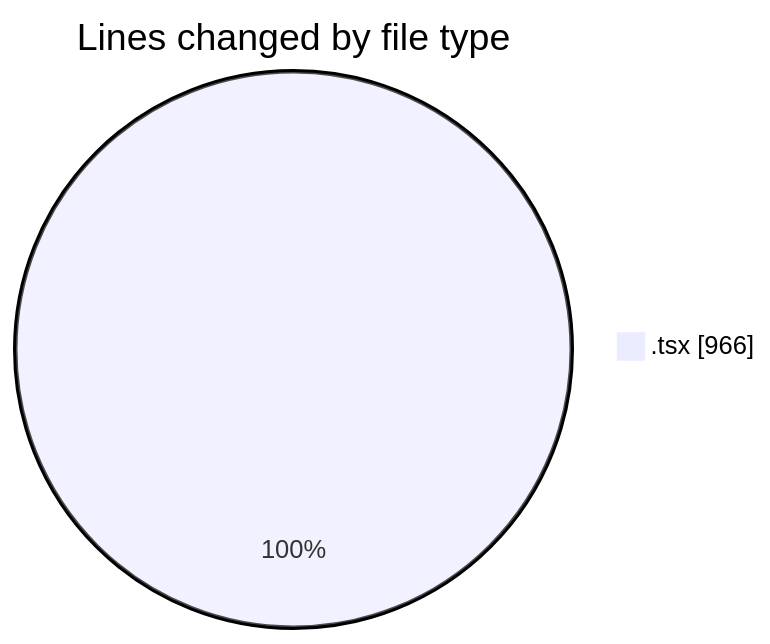
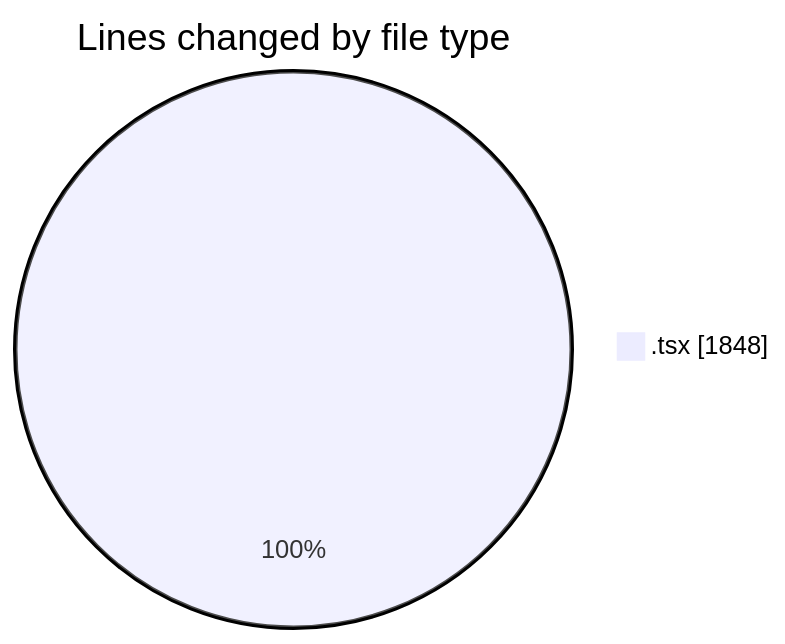
Before and after one commit to robertbonfada/code-tracking: the first of 2 diagrams in 2025-03-07/mbc-web/README.md, drawn with Mermaid. The commit also changed other lines of this file and 1 other file, not shown here.

````diff
--- a/2025-03-07/mbc-web/README.md
+++ b/2025-03-07/mbc-web/README.md
@@ -23,5 +24,5 @@
 ```mermaid
 pie showData
 title Lines changed by file type
-".tsx" : 966
+".tsx" : 1848
 ```
````
